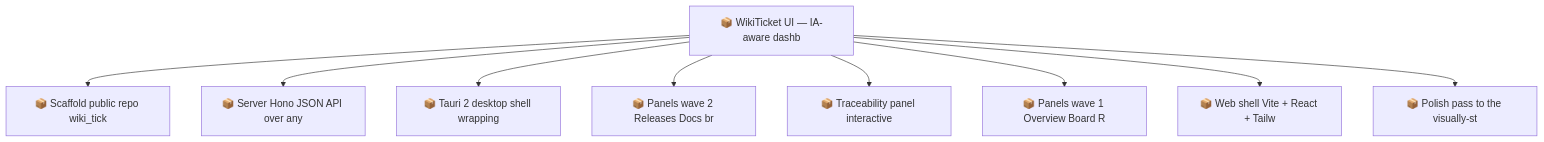
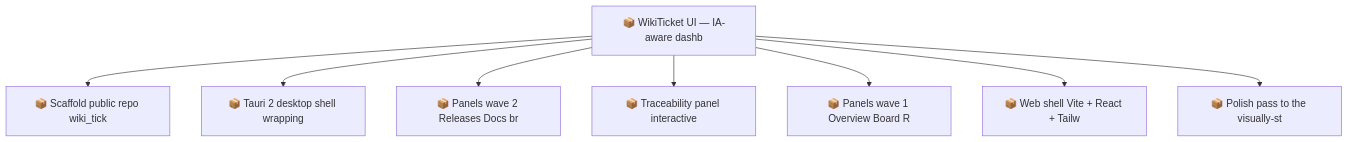
Before and after one commit to SpillwaveSolutions/wiki_ticket_sdd_ui: the second of 2 diagrams in docs/roadmap.md, drawn with Mermaid. The commit also changed other lines of this file and 20 other files, not shown here.

First line of the commit message:
feat(server): Hono JSON API over any worklog repo (#3)

````diff
--- a/docs/roadmap.md
+++ b/docs/roadmap.md
@@ -81,20 +78,18 @@
 ```mermaid
 graph TD
     01KY5ZZX8Y6N7E5YQYP4X1V7VA["📦 Scaffold public repo wiki_tick"]
-    01KY5ZZX8YBZ3FS5QP06RF4PT6["📦 Server Hono JSON API over any"]
     01KY5ZZX8YXD5YDJKQGJ3VCCHN["📦 WikiTicket UI — IA-aware dashb"]
     01KY5ZZX8Z46K7BCSPPFKN23JZ["📦 Tauri 2 desktop shell wrapping"]
     01KY5ZZX8ZBF099JH8N2ZRJKKE["📦 Panels wave 2 Releases Docs br"]
     01KY5ZZX8ZJJX208WYH58MY9WS["📦 Traceability panel interactive"]
     01KY5ZZX8ZTV1ZYR8FYGBEWKJV["📦 Panels wave 1 Overview Board R"]
     01KY5ZZX8ZX1T0SD6S60CQD5Z0["📦 Web shell Vite + React + Tailw"]
     01KY5ZZX8ZYPXTMVCGX4AAZQSG["📦 Polish pass to the visually-st"]
     01KY5ZZX8YXD5YDJKQGJ3VCCHN --> 01KY5ZZX8Y6N7E5YQYP4X1V7VA
-    01KY5ZZX8YXD5YDJKQGJ3VCCHN --> 01KY5ZZX8YBZ3FS5QP06RF4PT6
     01KY5ZZX8YXD5YDJKQGJ3VCCHN --> 01KY5ZZX8Z46K7BCSPPFKN23JZ
     01KY5ZZX8YXD5YDJKQGJ3VCCHN --> 01KY5ZZX8ZBF099JH8N2ZRJKKE
     01KY5ZZX8YXD5YDJKQGJ3VCCHN --> 01KY5ZZX8ZJJX208WYH58MY9WS
     01KY5ZZX8YXD5YDJKQGJ3VCCHN --> 01KY5ZZX8ZTV1ZYR8FYGBEWKJV
     01KY5ZZX8YXD5YDJKQGJ3VCCHN --> 01KY5ZZX8ZX1T0SD6S60CQD5Z0
     01KY5ZZX8YXD5YDJKQGJ3VCCHN --> 01KY5ZZX8ZYPXTMVCGX4AAZQSG
 ```
````
